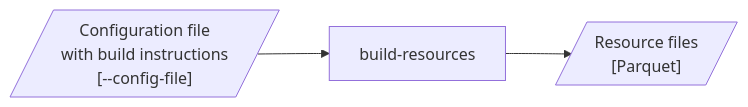
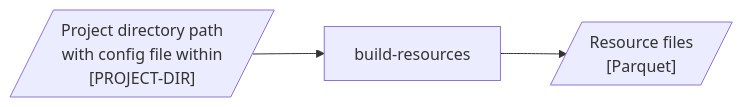
Before and after one commit to seedcase-project/seedcase-sprout: the third of 3 diagrams in docs/design/interface/cli.qmd, drawn with Mermaid. The commit also changed other lines of this file, not shown here.

Commit message:
docs: 🏗️ switch to use `project-dir` for `build-resource`

````diff
--- a/docs/design/interface/cli.qmd
+++ b/docs/design/interface/cli.qmd
@@ -180,16 +179,17 @@
 ```{mermaid}
 %%| label: fig-cli-build-resources-flow
 %%| fig-cap: "The flow of input and output through the CLI `build-resources` command."
 %%| fig-alt: >-
 %%|   Diagram showing the flow of input and output through the CLI
-%%|   `build-resources` command. The user optionally path to the config file
-%%|   that describes how to build the staging files into resources.
+%%|   `build-resources` command. The user optionally path to the project
+%%|   directory file that also includes a config file that describes how to
+%%|   build the staging files into resources.
 
 flowchart LR
-    config_file[/"Configuration file<br>with build instructions<br>[--config-file]"/]
+    project_dir[/"Project directory path<br>with config file within<br>[PROJECT-DIR]"/]
     build_resources["build-resources"]
     output[/"Resource files<br>[Parquet]"/]
 
-    config_file --> build_resources
+    project_dir --> build_resources
     build_resources --> output
 ```
````
